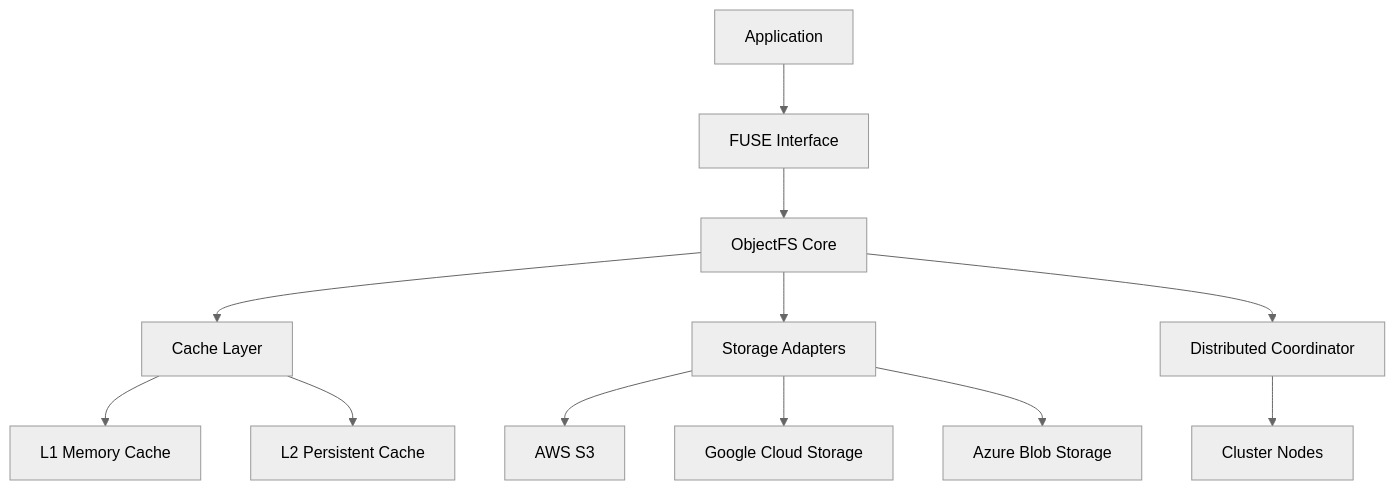
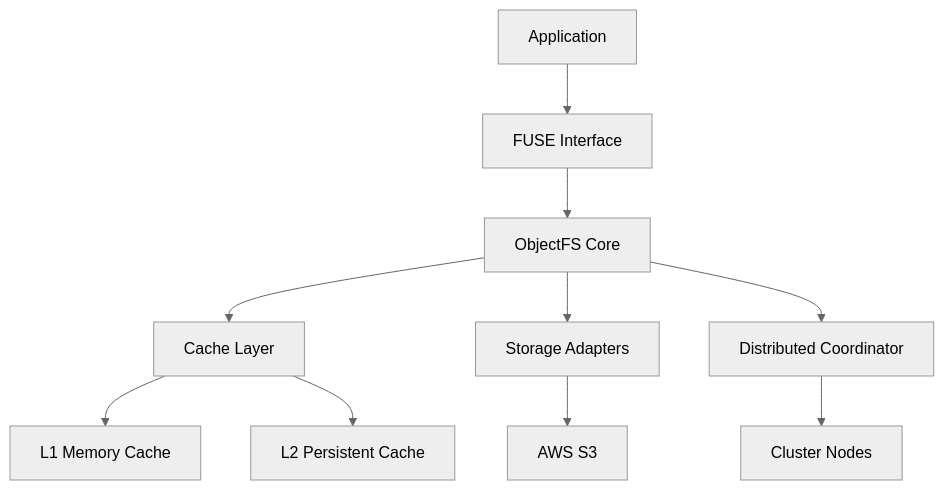
Before and after one commit to scttfrdmn/objectfs: the diagram in docs-platform/guide/index.md, drawn with Mermaid (neutral theme). The commit also changed other lines of this file and 12 other files, not shown here.

````diff
--- a/docs-platform/guide/index.md
+++ b/docs-platform/guide/index.md
@@ -49,14 +48,12 @@
 ```mermaid
 graph TB
     A[Application] --> B[FUSE Interface]
     B --> C[ObjectFS Core]
     C --> D[Cache Layer]
     C --> E[Storage Adapters]
     D --> F[L1 Memory Cache]
     D --> G[L2 Persistent Cache]
     E --> H[AWS S3]
-    E --> I[Google Cloud Storage]
-    E --> J[Azure Blob Storage]
     C --> K[Distributed Coordinator]
     K --> L[Cluster Nodes]
 ```
````
